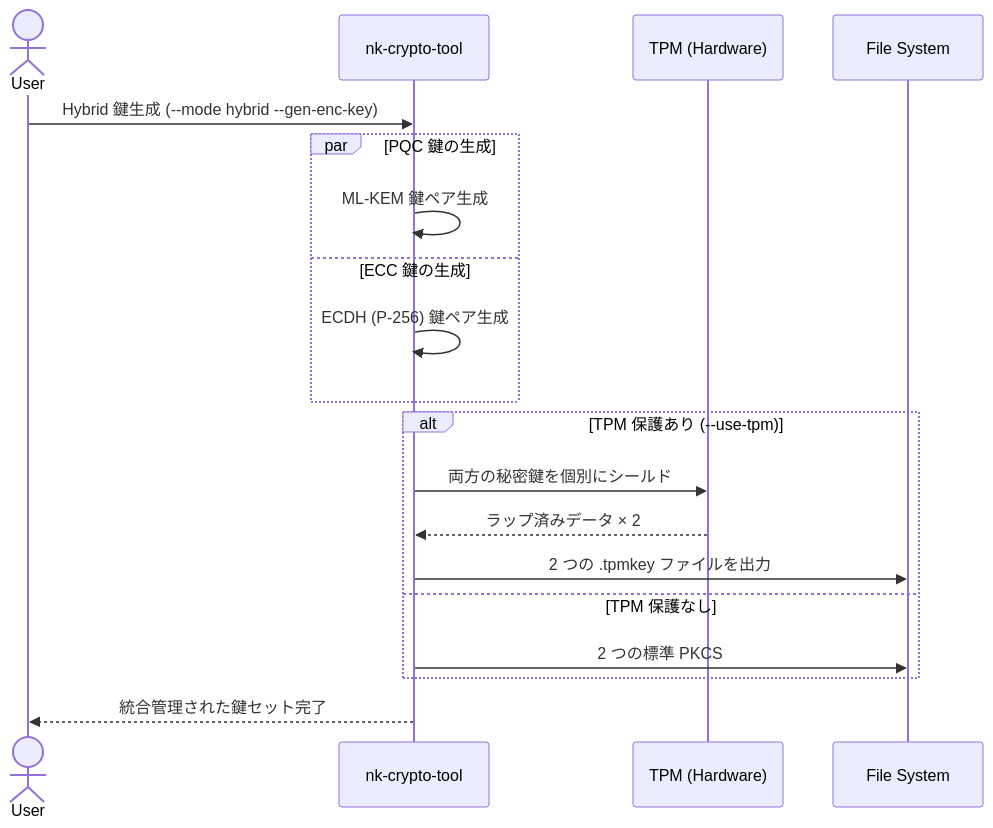
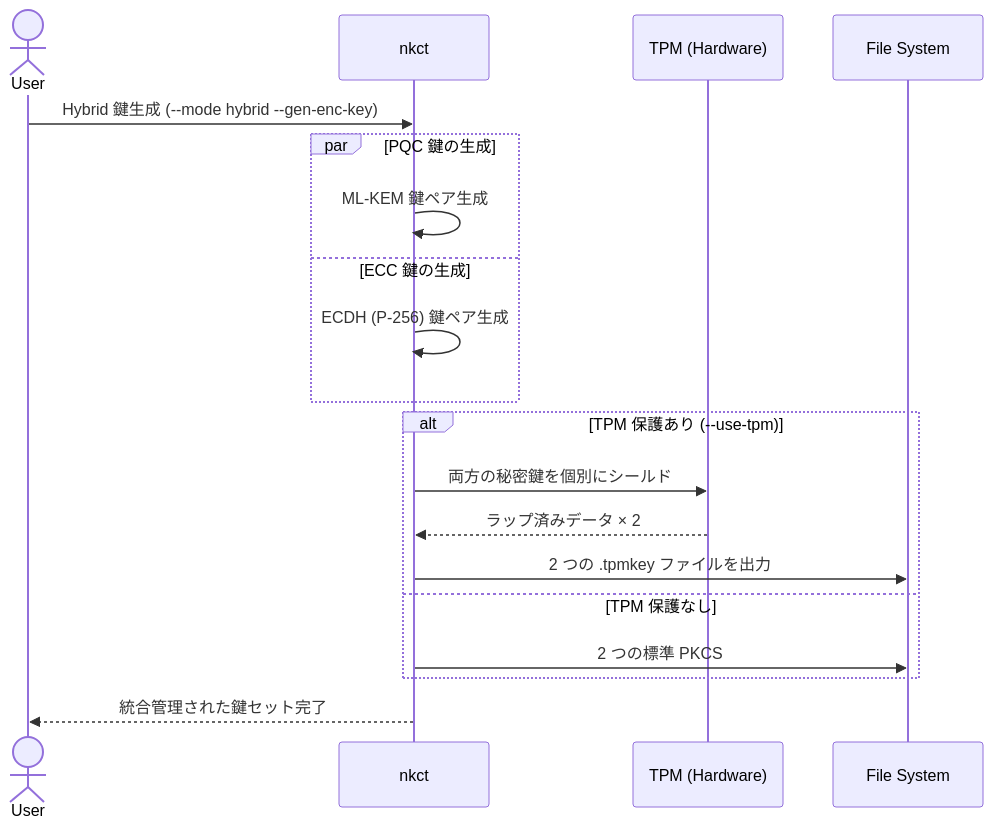
Before and after one commit to nkoriyama/nkCryptoTool-rust: the fourth of 11 diagrams in README.md, drawn with Mermaid. The commit also changed other lines of this file and 68 other files, not shown here.

````diff
--- a/README.md
+++ b/README.md
@@ -753,22 +801,22 @@
 ```mermaid
 sequenceDiagram
     actor User
-    participant CLI as nk-crypto-tool
+    participant CLI as nkct
     participant TPM as TPM (Hardware)
     participant FS as File System
 
     User->>CLI: Hybrid 鍵生成 (--mode hybrid --gen-enc-key)
     par PQC 鍵の生成
         CLI->>CLI: ML-KEM 鍵ペア生成
     and ECC 鍵の生成
         CLI->>CLI: ECDH (P-256) 鍵ペア生成
     end
     alt TPM 保護あり (--use-tpm)
         CLI->>TPM: 両方の秘密鍵を個別にシールド
         TPM-->>CLI: ラップ済みデータ × 2
         CLI->>FS: 2 つの .tpmkey ファイルを出力
     else TPM 保護なし
         CLI->>FS: 2 つの標準 PKCS#8 ファイルを出力
     end
     CLI-->>User: 統合管理された鍵セット完了
 ```
````
